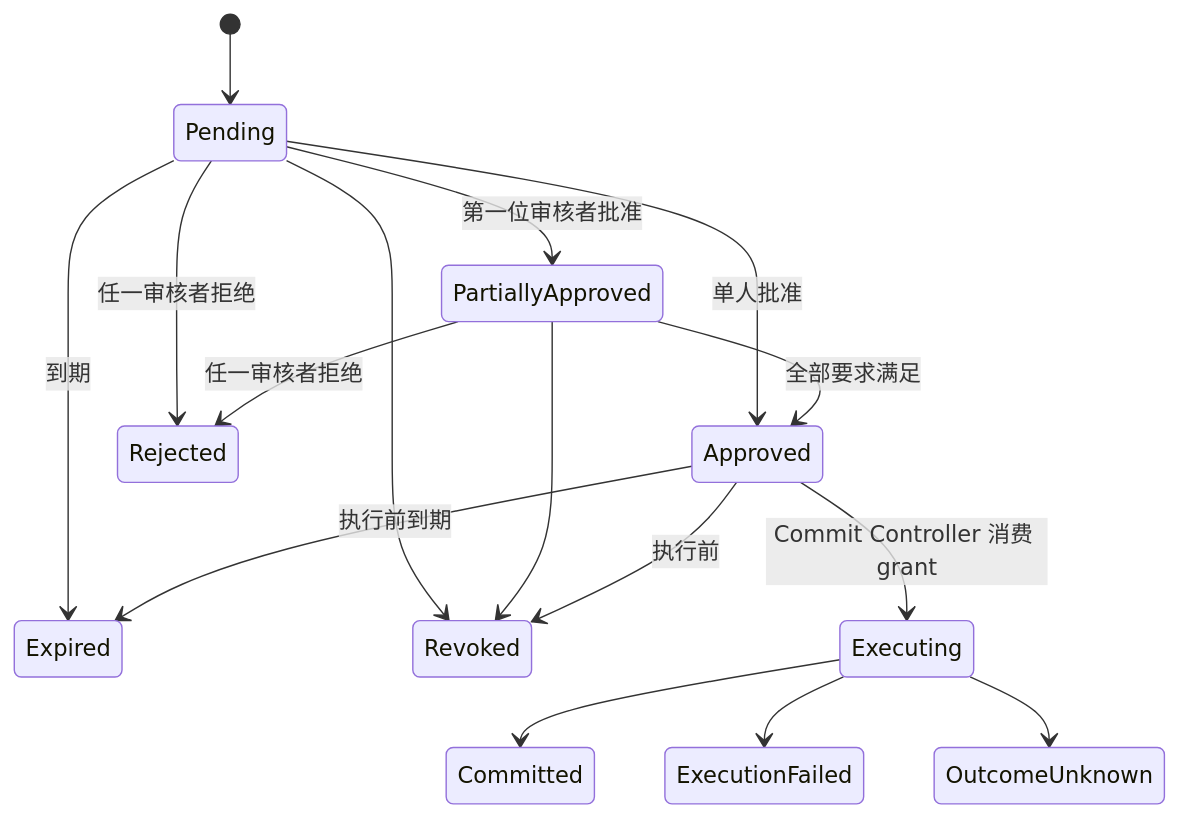
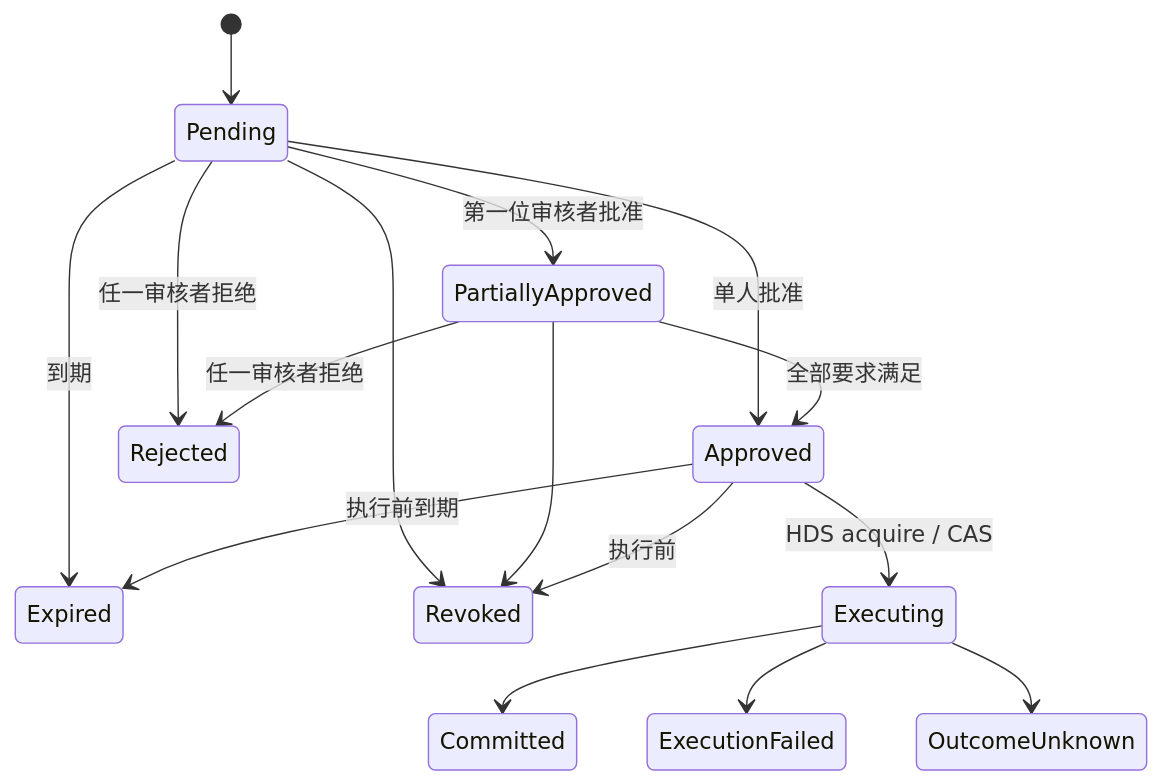
Before and after one commit to unizhe/SleepAgent: the second of 2 diagrams in agent_architecture/HUMAN_IN_THE_LOOP.md, drawn with Mermaid. The commit also changed other lines of this file and 191 other files, not shown here.

Commit message:
refactor(runtime): clean up product runtime architecture

````diff
--- a/agent_architecture/HUMAN_IN_THE_LOOP.md
+++ b/agent_architecture/HUMAN_IN_THE_LOOP.md
@@ -73,18 +86,18 @@
 ```mermaid
 stateDiagram-v2
     [*] --> Pending
     Pending --> PartiallyApproved: 第一位审核者批准
     Pending --> Approved: 单人批准
     PartiallyApproved --> Approved: 全部要求满足
     Pending --> Rejected: 任一审核者拒绝
     PartiallyApproved --> Rejected: 任一审核者拒绝
     Pending --> Expired: 到期
     Approved --> Expired: 执行前到期
     Pending --> Revoked
     PartiallyApproved --> Revoked
     Approved --> Revoked: 执行前
-    Approved --> Executing: Commit Controller 消费 grant
+    Approved --> Executing: HDS acquire / CAS
     Executing --> Committed
     Executing --> ExecutionFailed
     Executing --> OutcomeUnknown
 ```
````
